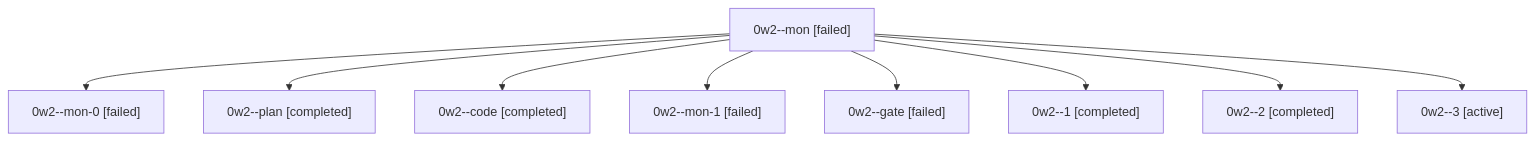
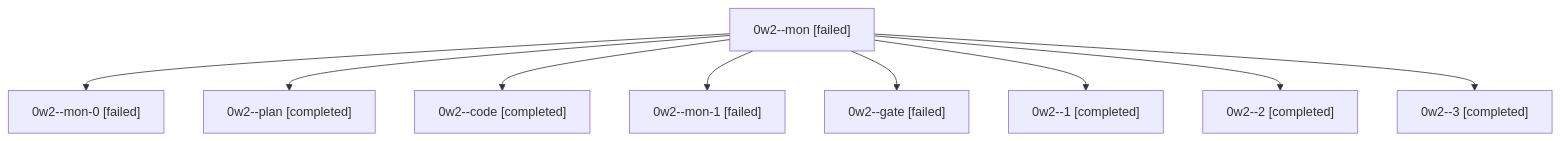
The diagram in sessions/bbugyi200.athena.0w2.md (bobs-org/bob-cli--agents), drawn with Mermaid before and after one commit. The commit also changed other lines of this file and 6 other files, not shown here.

````diff
--- a/sessions/bbugyi200.athena.0w2.md
+++ b/sessions/bbugyi200.athena.0w2.md
@@ -9,20 +9,20 @@
 ```mermaid
 flowchart TD
   n0["0w2--mon [failed]"]
   n1["0w2--mon-0 [failed]"]
   n0 --> n1
   n2["0w2--plan [completed]"]
   n0 --> n2
   n3["0w2--code [completed]"]
   n0 --> n3
   n4["0w2--mon-1 [failed]"]
   n0 --> n4
   n5["0w2--gate [failed]"]
   n0 --> n5
   n6["0w2--1 [completed]"]
   n0 --> n6
   n7["0w2--2 [completed]"]
   n0 --> n7
-  n8["0w2--3 [active]"]
+  n8["0w2--3 [completed]"]
   n0 --> n8
 ```
````
